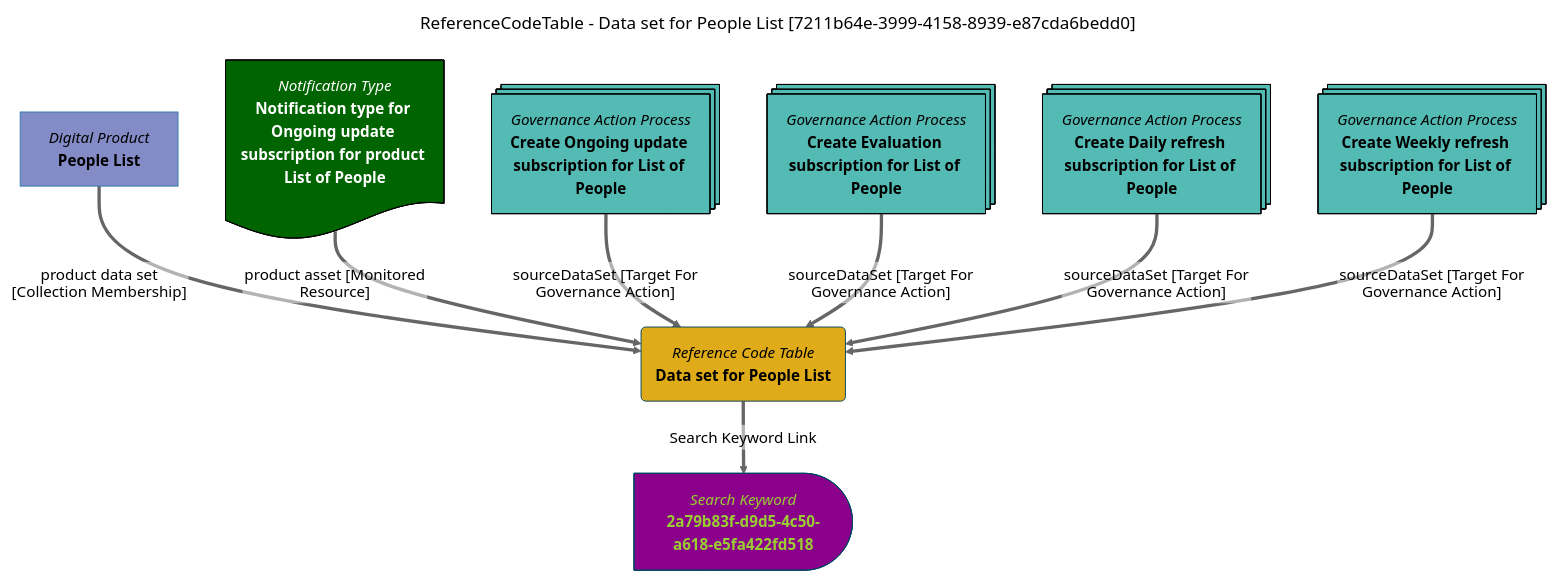
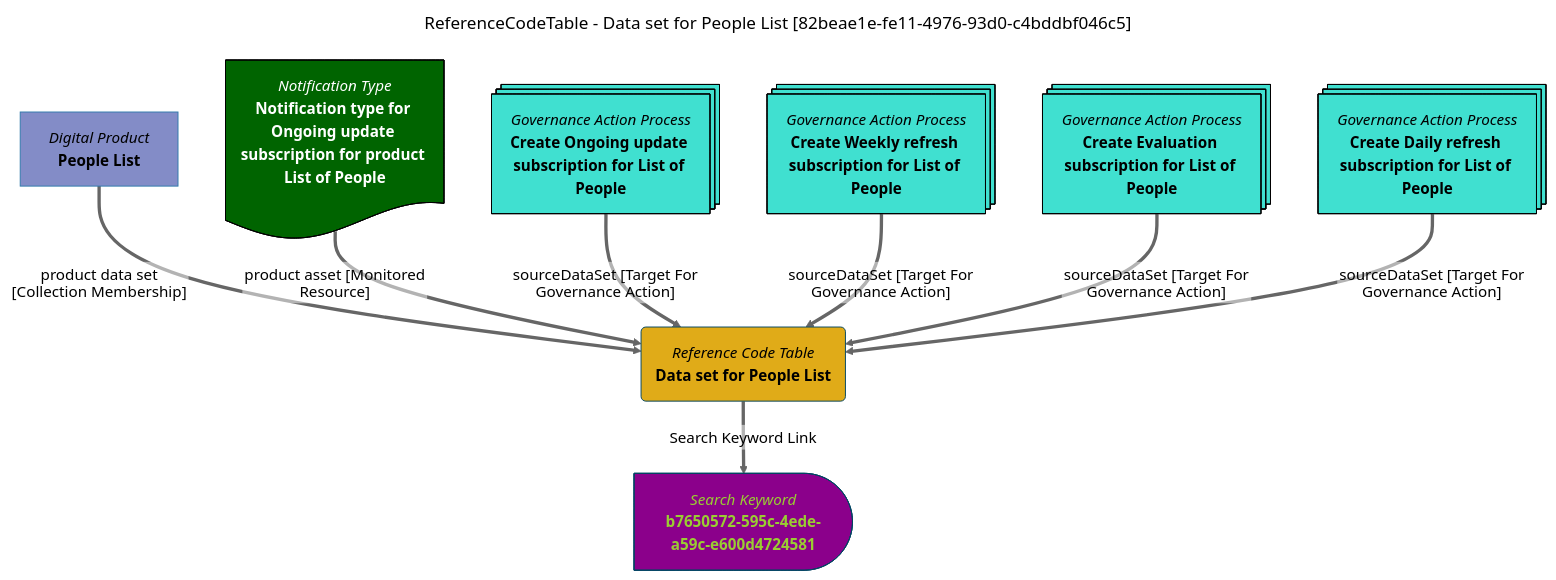
One commit to odpi/egeria-docs changed the diagram in site/snippets/data-assets/data-set-for-people-list-mermaid-graph.md. Above: the diagram before and after it, drawn with Mermaid (neutral theme). The commit also changed 2201 other files, not shown here.

````diff
--- a/site/snippets/data-assets/data-set-for-people-list-mermaid-graph.md
+++ b/site/snippets/data-assets/data-set-for-people-list-mermaid-graph.md
@@ -1,39 +1,39 @@
 ```mermaid
 ---
-title: ReferenceCodeTable - Data set for People List [7211b64e-3999-4158-8939-e87cda6bedd0]
+title: ReferenceCodeTable - Data set for People List [82beae1e-fe11-4976-93d0-c4bddbf046c5]
 ---
 flowchart TD
 %%{init: {"flowchart": {"htmlLabels": false}} }%%
 
 1@{ shape: rounded, label: "*Reference Code Table*
 **Data set for People List**"}
 2@{ shape: delay, label: "*Search Keyword*
-**2a79b83f-d9d5-4c50-a618-e5fa422fd518**"}
+**b7650572-595c-4ede-a59c-e600d4724581**"}
 1==>|"Search Keyword Link"|2
 3@{ shape: rect, label: "*Digital Product*
 **People List**"}
 3==>|"product data set [Collection Membership]"|1
 4@{ shape: doc, label: "*Notification Type*
 **Notification type for Ongoing update subscription for product List of People**"}
 4==>|"product asset [Monitored Resource]"|1
 5@{ shape: processes, label: "*Governance Action Process*
 **Create Ongoing update subscription for List of People**"}
 5==>|"sourceDataSet [Target For Governance Action]"|1
 6@{ shape: processes, label: "*Governance Action Process*
-**Create Evaluation subscription for List of People**"}
+**Create Weekly refresh subscription for List of People**"}
 6==>|"sourceDataSet [Target For Governance Action]"|1
 7@{ shape: processes, label: "*Governance Action Process*
-**Create Daily refresh subscription for List of People**"}
+**Create Evaluation subscription for List of People**"}
 7==>|"sourceDataSet [Target For Governance Action]"|1
 8@{ shape: processes, label: "*Governance Action Process*
-**Create Weekly refresh subscription for List of People**"}
+**Create Daily refresh subscription for List of People**"}
 8==>|"sourceDataSet [Target For Governance Action]"|1
 style 1 color:#000000, fill:#e0ab18, stroke:#004563
-style 2 color:#9acd32, fill:#8b008b, stroke:#004563
+style 2 color:#9ACD32, fill:#8B008B, stroke:#004563
 style 3 color:#000000, fill:#838cc7, stroke:#3079ab
 style 4 color:#FFFFFF, fill:#006400, stroke:#000000
-style 5 color:#000000, fill:#53bbb4, stroke:#000000
-style 6 color:#000000, fill:#53bbb4, stroke:#000000
-style 7 color:#000000, fill:#53bbb4, stroke:#000000
-style 8 color:#000000, fill:#53bbb4, stroke:#000000
+style 5 color:#000000, fill:#40E0D0, stroke:#000000
+style 6 color:#000000, fill:#40E0D0, stroke:#000000
+style 7 color:#000000, fill:#40E0D0, stroke:#000000
+style 8 color:#000000, fill:#40E0D0, stroke:#000000
 ```
````
